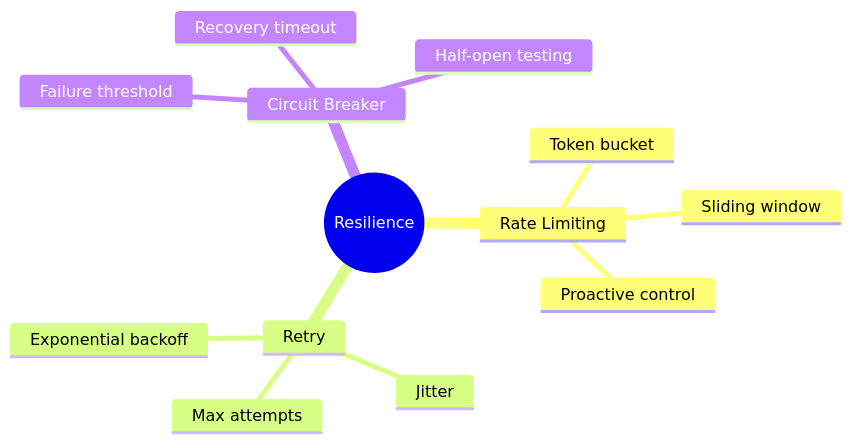
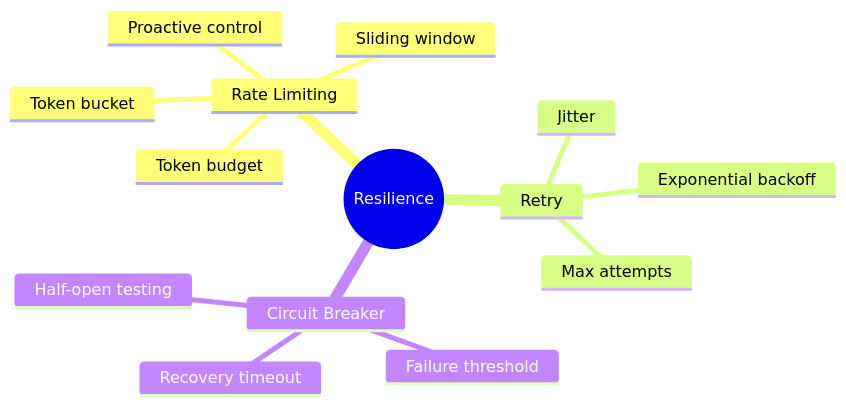
Before and after one commit to akshkr/akashnotes: the second of 2 diagrams in Phase_7_Production_Deployment/Day_090_rate_limits_backoffs/rate_limits_backoffs.md, drawn with Mermaid. The commit also changed other lines of this file and 95 other files, not shown here.

````diff
--- a/Phase_7_Production_Deployment/Day_090_rate_limits_backoffs/rate_limits_backoffs.md
+++ b/Phase_7_Production_Deployment/Day_090_rate_limits_backoffs/rate_limits_backoffs.md
@@ -463,16 +554,17 @@
 ```mermaid
 mindmap
   root((Resilience))
     Rate Limiting
       Token bucket
       Sliding window
       Proactive control
+      Token budget
     Retry
       Exponential backoff
       Jitter
       Max attempts
     Circuit Breaker
       Failure threshold
       Recovery timeout
       Half-open testing
 ```
````
